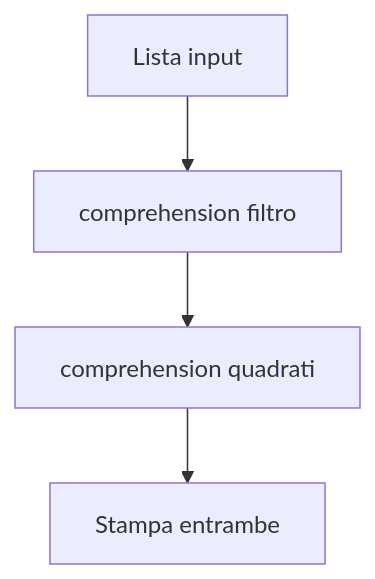
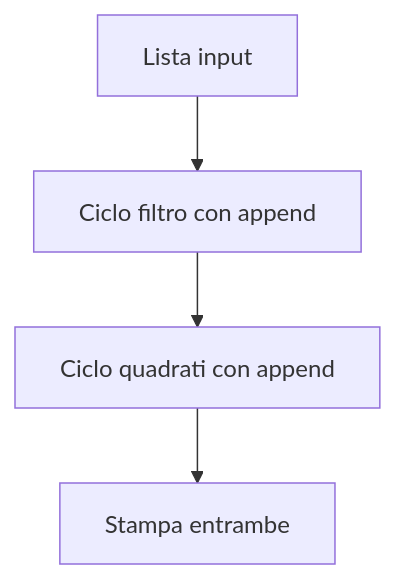
Diagram 14 of 20 in 04-python-jupyter-analisi-biomedica/README.md (lucadagati/Lab_Fondamenti_di_Informatica_25_26), drawn with Mermaid before and after one commit. The commit also changed other lines of this file and 6 other files, not shown here.

````diff
--- a/04-python-jupyter-analisi-biomedica/README.md
+++ b/04-python-jupyter-analisi-biomedica/README.md
@@ -221,6 +221,6 @@
 ```mermaid
 flowchart TD
-    A[Lista input] --> B[comprehension filtro]
-    B --> C[comprehension quadrati]
+    A[Lista input] --> B[Ciclo filtro con append]
+    B --> C[Ciclo quadrati con append]
     C --> D[Stampa entrambe]
 ```
````
